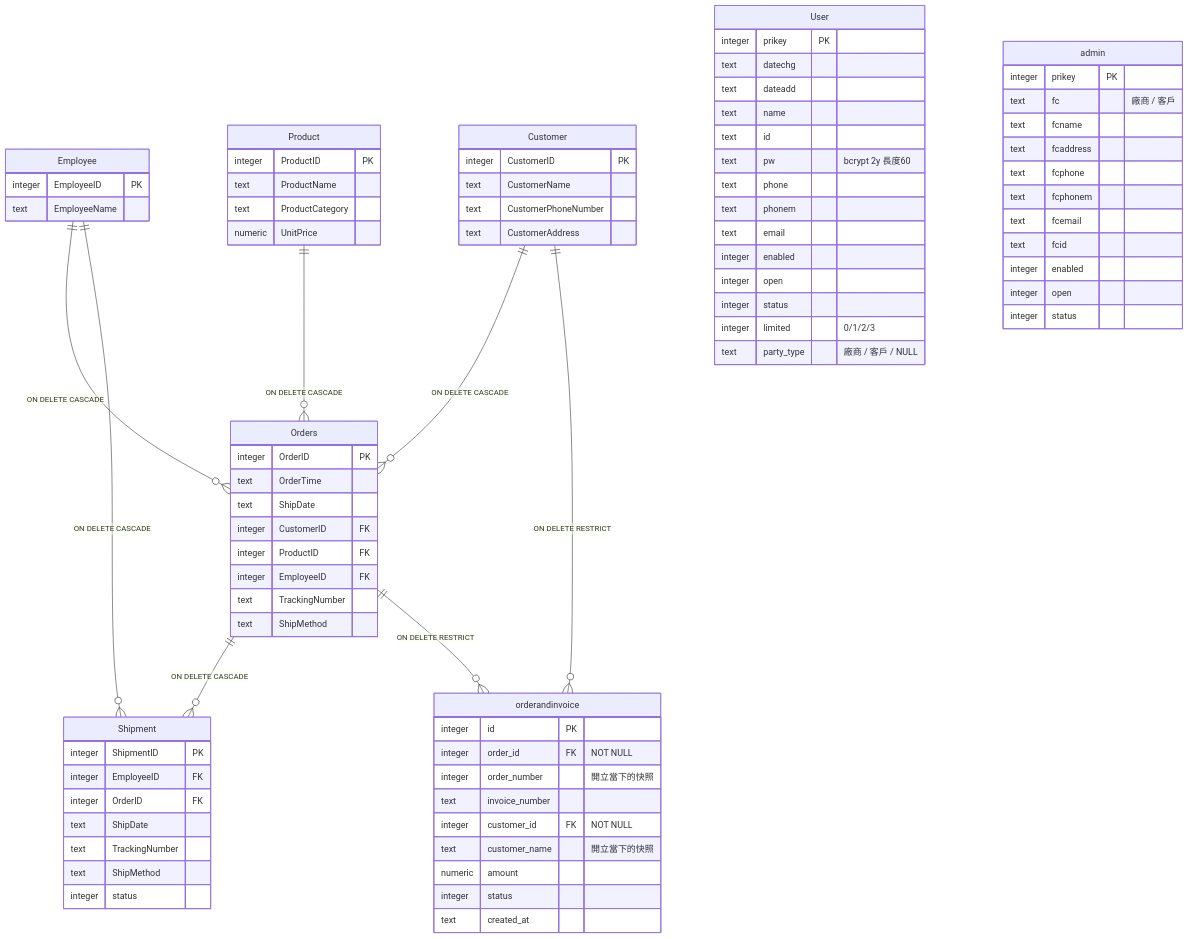
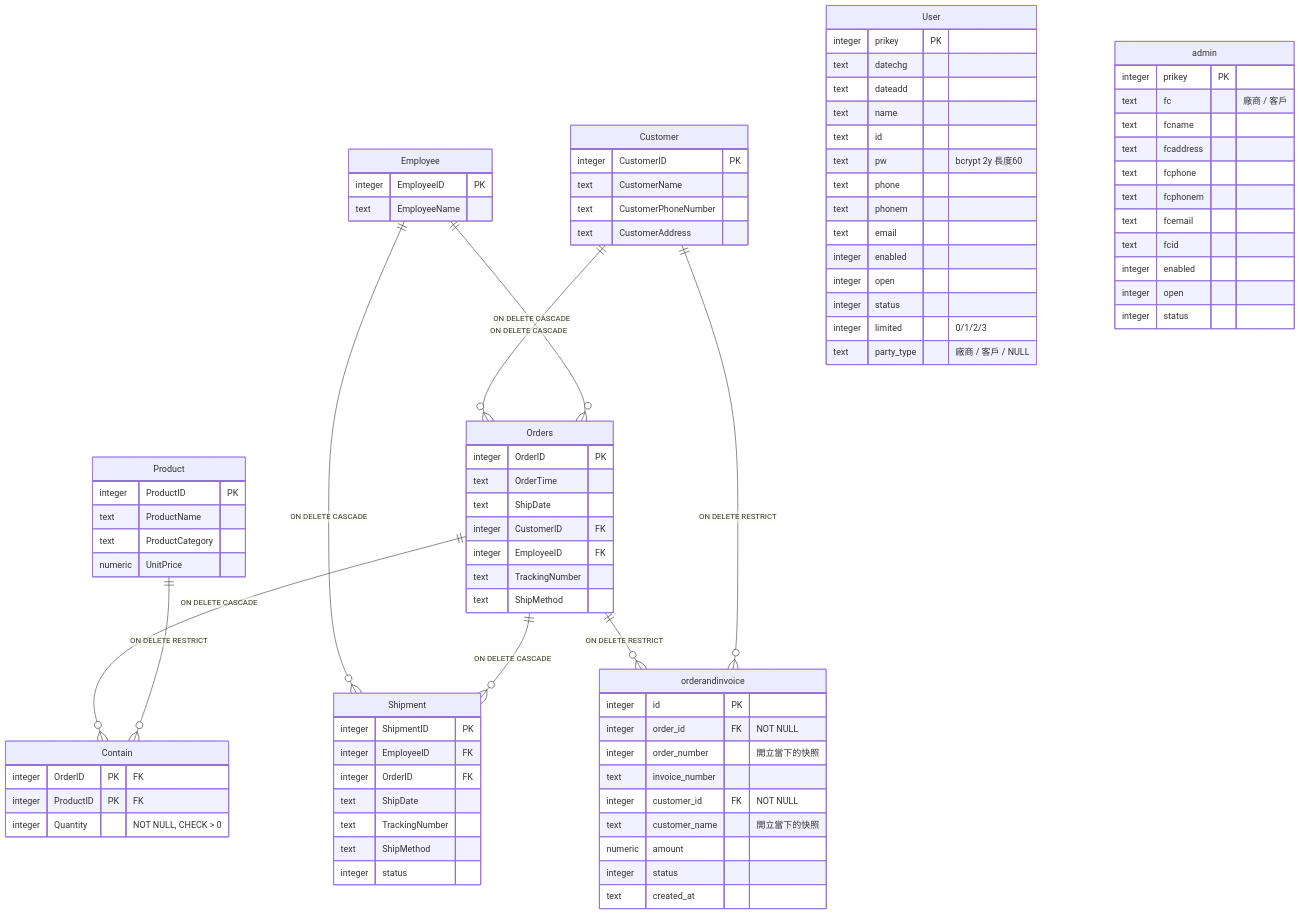
One commit to PomeloBiscuit/Enterprise-Operations-Management-System changed the second of 2 diagrams in README.md. Above: the diagram before and after it, drawn with Mermaid. The commit also changed other lines of this file and 7 other files, not shown here.

````diff
--- a/README.md
+++ b/README.md
@@ -86,8 +86,9 @@
 ```mermaid
 erDiagram
     Customer ||--o{ Orders : "ON DELETE CASCADE"
-    Product  ||--o{ Orders : "ON DELETE CASCADE"
     Employee ||--o{ Orders : "ON DELETE CASCADE"
+    Orders   ||--o{ Contain : "ON DELETE CASCADE"
+    Product  ||--o{ Contain : "ON DELETE RESTRICT"
     Employee ||--o{ Shipment : "ON DELETE CASCADE"
     Orders   ||--o{ Shipment : "ON DELETE CASCADE"
     Orders   ||--o{ orderandinvoice : "ON DELETE RESTRICT"
@@ -114,10 +115,14 @@
         text OrderTime
         text ShipDate
         integer CustomerID FK
-        integer ProductID FK
         integer EmployeeID FK
         text TrackingNumber
         text ShipMethod
+    }
+    Contain {
+        integer OrderID PK "FK"
+        integer ProductID PK "FK"
+        integer Quantity "NOT NULL, CHECK > 0"
     }
     Shipment {
         integer ShipmentID PK
````
